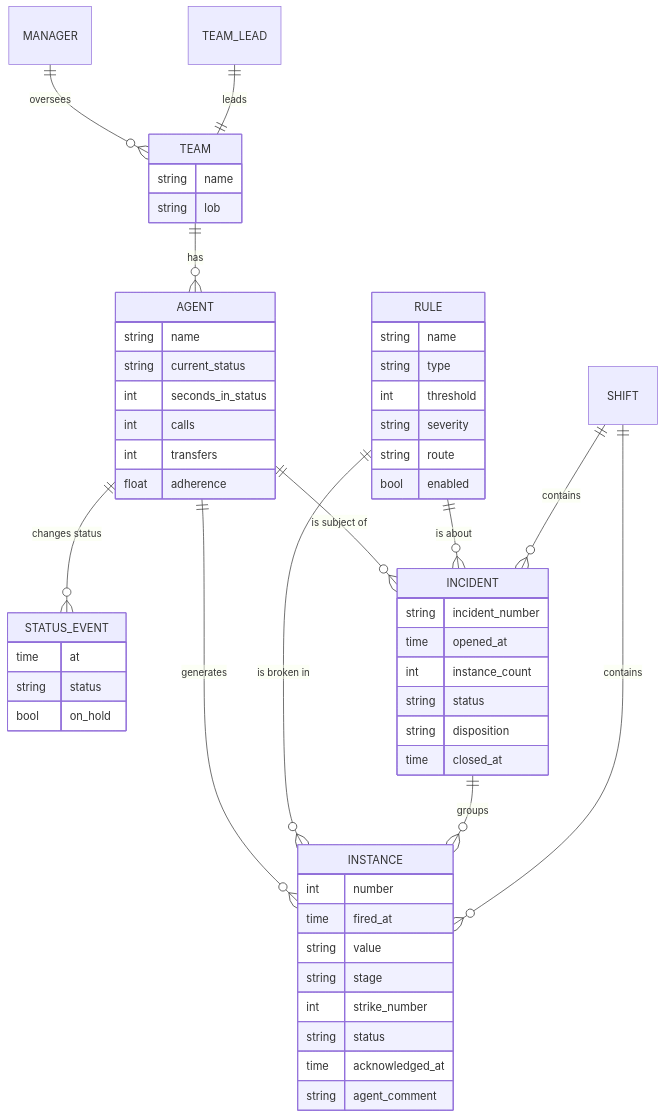
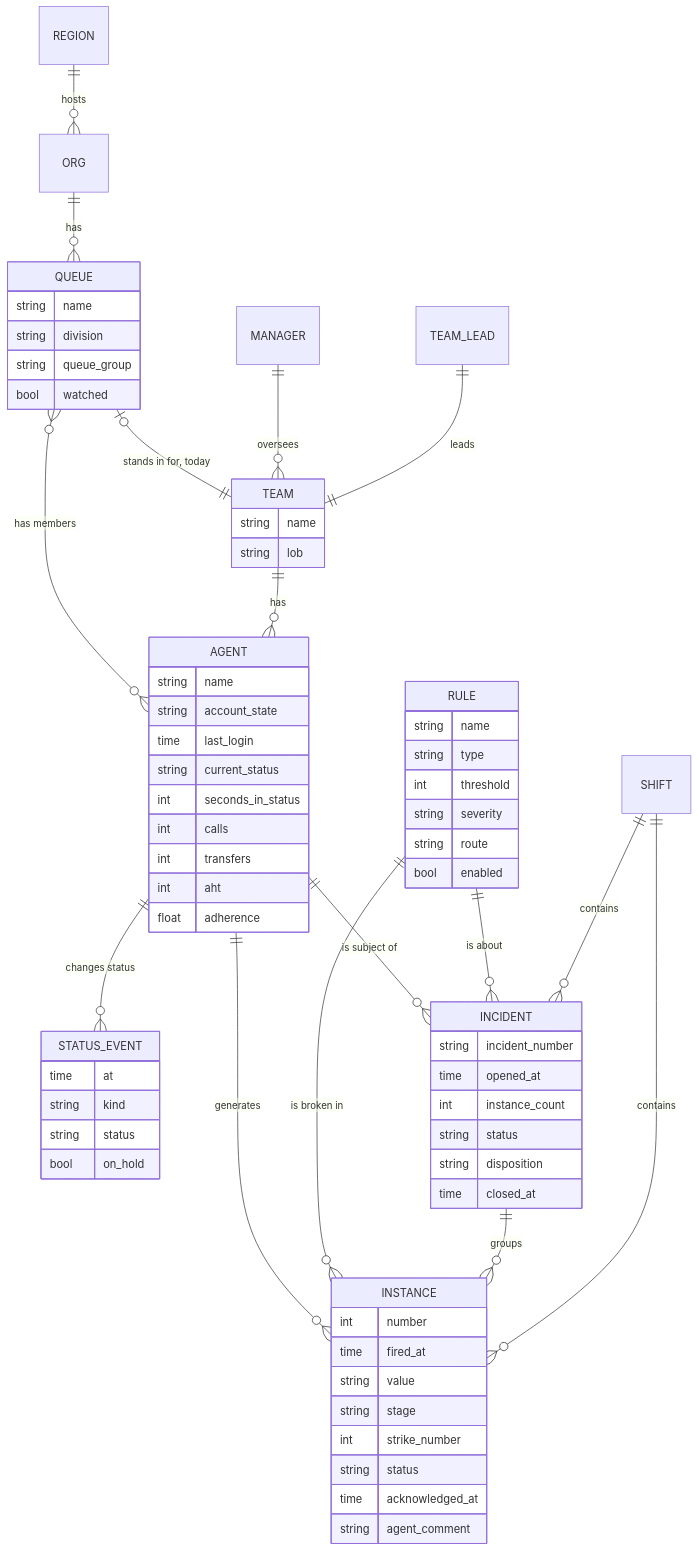
The fourth of 6 diagrams in docs/data-architecture.md (aishki/rtm-console), drawn with Mermaid before and after one commit. The commit also changed other lines of this file, not shown here.

First line of the commit message:
docs: bring the data architecture up to date with the live feed

````diff
--- a/docs/data-architecture.md
+++ b/docs/data-architecture.md
@@ -160,58 +207,72 @@
 ```mermaid
 erDiagram
+    REGION ||--o{ ORG : "hosts"
+    ORG ||--o{ QUEUE : "has"
+    QUEUE }o--o{ AGENT : "has members"
+    QUEUE |o--|| TEAM : "stands in for, today"
     MANAGER ||--o{ TEAM : "oversees"
     TEAM_LEAD ||--|| TEAM : "leads"
     TEAM ||--o{ AGENT : "has"
     AGENT ||--o{ STATUS_EVENT : "changes status"
     AGENT ||--o{ INSTANCE : "generates"
     RULE ||--o{ INSTANCE : "is broken in"
     AGENT ||--o{ INCIDENT : "is subject of"
     RULE ||--o{ INCIDENT : "is about"
     INCIDENT ||--o{ INSTANCE : "groups"
     SHIFT ||--o{ INSTANCE : "contains"
     SHIFT ||--o{ INCIDENT : "contains"
 
+    QUEUE {
+        string name
+        string division
+        string queue_group
+        bool watched
+    }
     TEAM {
         string name
         string lob
     }
     AGENT {
         string name
+        string account_state
+        time last_login
         string current_status
         int seconds_in_status
         int calls
         int transfers
+        int aht
         float adherence
     }
     RULE {
         string name
         string type
         int threshold
         string severity
         string route
         bool enabled
     }
     INSTANCE {
         int number
         time fired_at
         string value
         string stage
         int strike_number
         string status
         time acknowledged_at
         string agent_comment
     }
     INCIDENT {
         string incident_number
         time opened_at
         int instance_count
         string status
         string disposition
         time closed_at
     }
     STATUS_EVENT {
         time at
+        string kind
         string status
         bool on_hold
     }
 ```
````
